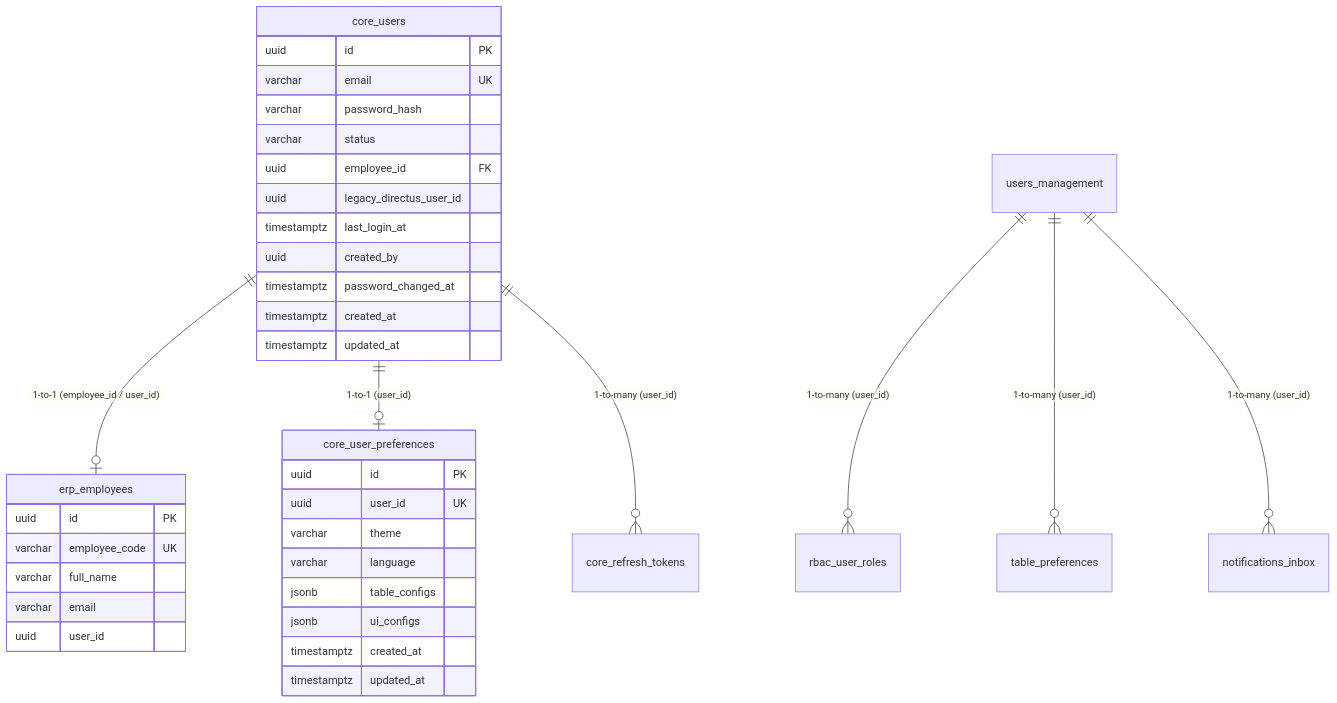
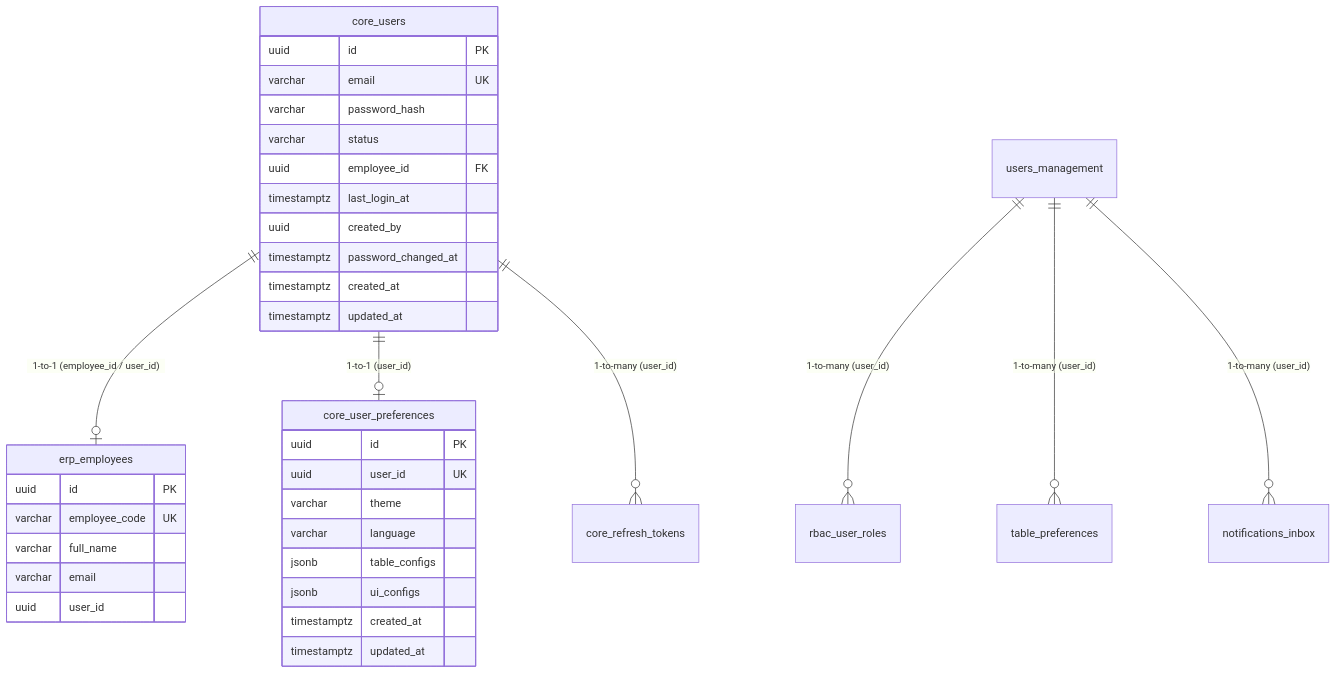
Before and after one commit to kindustries-erp/erp-api: the diagram in .agents/skills/modules/erp-users/SKILL.md, drawn with Mermaid. The commit also changed other lines of this file and 30 other files, not shown here.

First line of the commit message:
chore(erp-api): xóa legacy_directus_user_id và mọi nhắc tới Directus

````diff
--- a/.agents/skills/modules/erp-users/SKILL.md
+++ b/.agents/skills/modules/erp-users/SKILL.md
@@ -70,42 +70,41 @@
 ```mermaid
 erDiagram
     core_users ||--o| erp_employees : "1-to-1 (employee_id / user_id)"
     core_users ||--o| core_user_preferences : "1-to-1 (user_id)"
     users_management ||--o{ rbac_user_roles : "1-to-many (user_id)"
     core_users ||--o{ core_refresh_tokens : "1-to-many (user_id)"
     users_management ||--o{ table_preferences : "1-to-many (user_id)"
     users_management ||--o{ notifications_inbox : "1-to-many (user_id)"
 
     core_users {
         uuid id PK
         varchar email UK
         varchar password_hash
         varchar status
         uuid employee_id FK
-        uuid legacy_directus_user_id
         timestamptz last_login_at
         uuid created_by
         timestamptz password_changed_at
         timestamptz created_at
         timestamptz updated_at
     }
 
     core_user_preferences {
         uuid id PK
         uuid user_id UK
         varchar theme
         varchar language
         jsonb table_configs
         jsonb ui_configs
         timestamptz created_at
         timestamptz updated_at
     }
 
     erp_employees {
         uuid id PK
         varchar employee_code UK
         varchar full_name
         varchar email
         uuid user_id
     }
 ```
````
